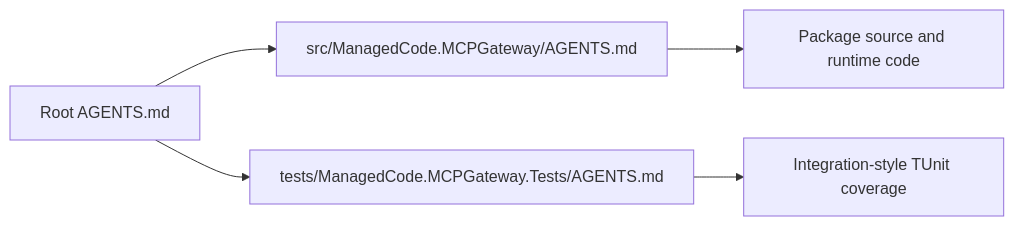
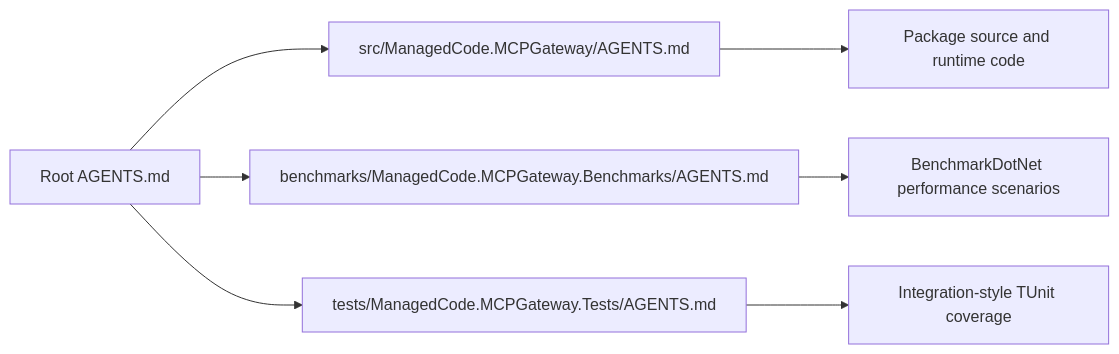
The first of 4 diagrams in docs/Architecture/Overview.md (managedcode/MCPGateway), drawn with Mermaid before and after one commit. The commit also changed other lines of this file and 66 other files, not shown here.

Commit message:
Optimize schema-aware graph search

````diff
--- a/docs/Architecture/Overview.md
+++ b/docs/Architecture/Overview.md
@@ -47,7 +53,9 @@
 ```mermaid
 flowchart LR
     Root["Root AGENTS.md"] --> Package["src/ManagedCode.MCPGateway/AGENTS.md"]
+    Root --> Benchmarks["benchmarks/ManagedCode.MCPGateway.Benchmarks/AGENTS.md"]
     Root --> Tests["tests/ManagedCode.MCPGateway.Tests/AGENTS.md"]
     Package --> SourceTree["Package source and runtime code"]
+    Benchmarks --> BenchmarkTree["BenchmarkDotNet performance scenarios"]
     Tests --> TestTree["Integration-style TUnit coverage"]
 ```
````
